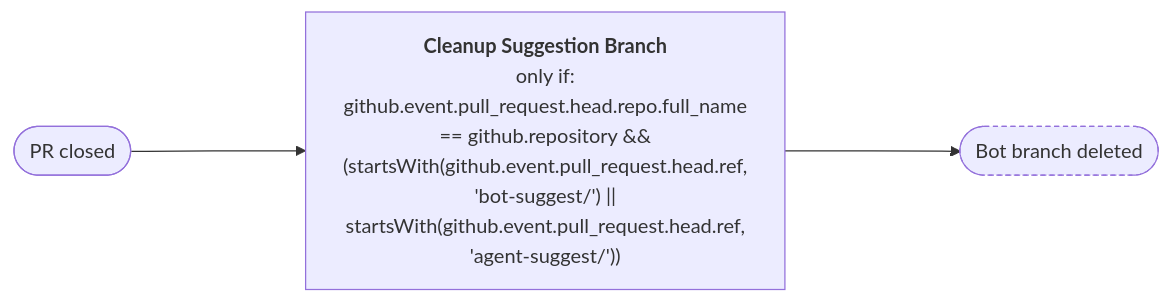
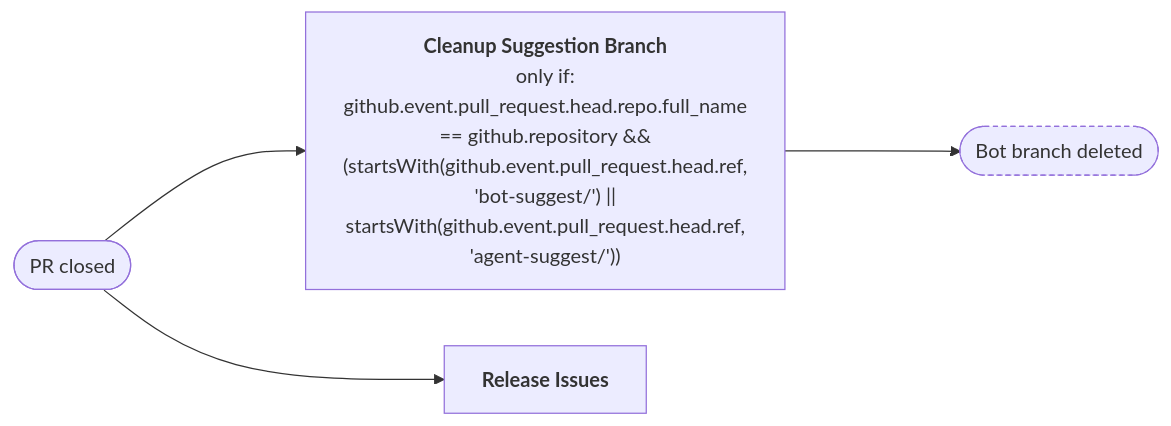
The second of 8 diagrams in .github/workflow-graphs/README.md (nfdi4health/dsSupportClient), drawn with Mermaid before and after one commit. The commit also changed other lines of this file, not shown here.

Commit message:
docs: update workflow diagrams

````diff
--- a/.github/workflow-graphs/README.md
+++ b/.github/workflow-graphs/README.md
@@ -71,10 +72,12 @@
 ```mermaid
 %%{init: {"flowchart": {"rankSpacing": 140, "nodeSpacing": 45}}}%%
 flowchart LR
   ev(["PR closed"])
   wf_cleanup_suggestion_branch_yml["<b>Cleanup Suggestion Branch</b><br/>only if:<br/>github.event.pull_request.head.repo.full_name<br/>== github.repository &&<br/>(startsWith(github.event.pull_request.head.ref,<br/>'bot-suggest/') ||<br/>startsWith(github.event.pull_request.head.ref,<br/>'agent-suggest/'))"]
   ev --> wf_cleanup_suggestion_branch_yml
+  wf_release_issues_yml["<b>Release Issues</b>"]
+  ev --> wf_release_issues_yml
   out_1(["Bot branch deleted"]):::outcome
   wf_cleanup_suggestion_branch_yml --> out_1
   classDef outcome stroke-dasharray: 4 3
 ```
````
